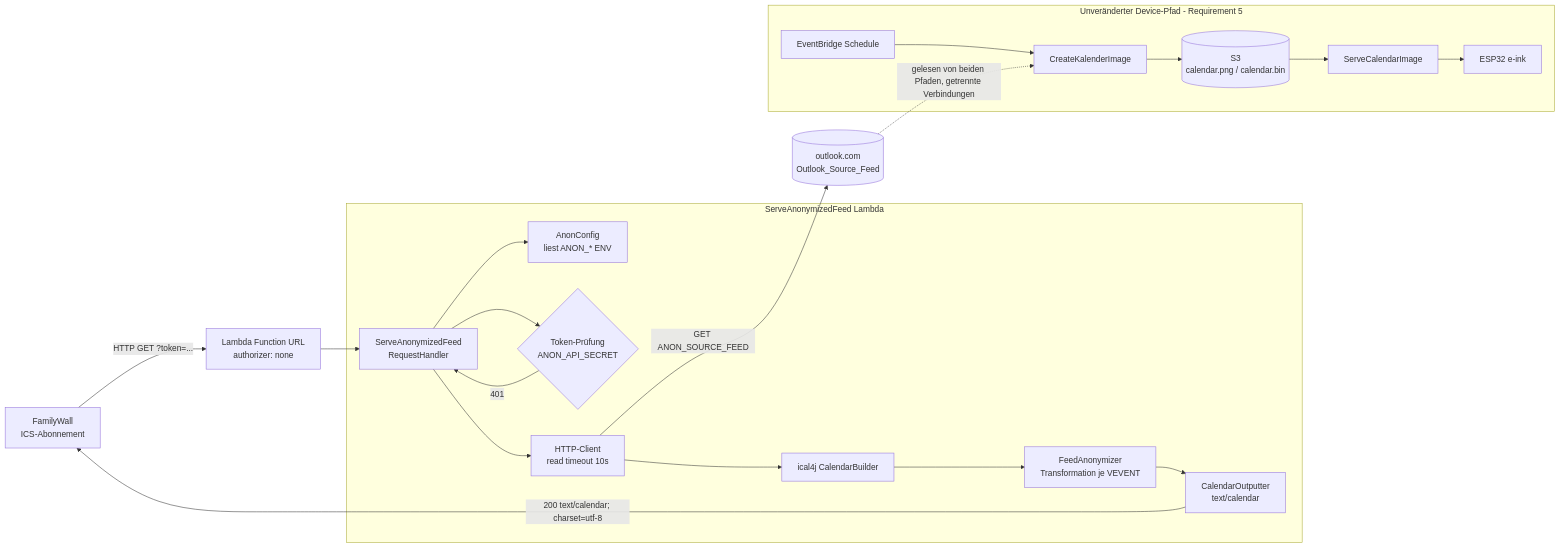
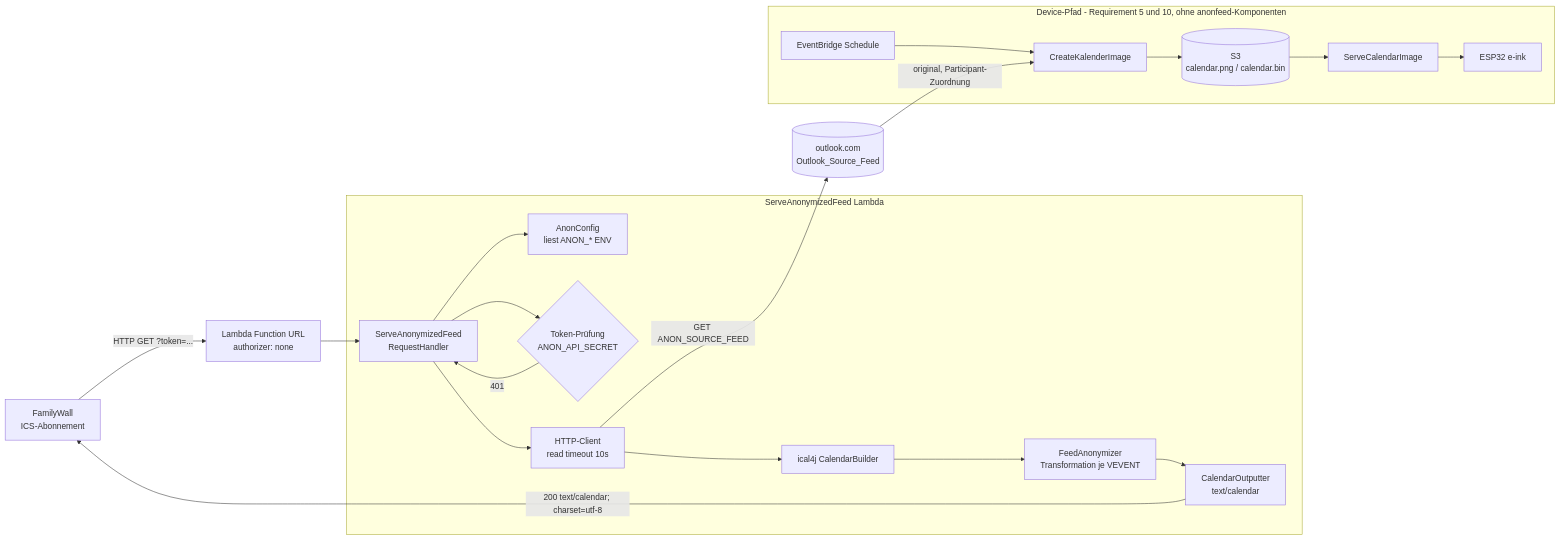
The diagram in .kiro/specs/anonymized-ical-feed/design.md (azplanlos/family_calendar_v2), drawn with Mermaid before and after one commit. The commit also changed other lines of this file and 8 other files, not shown here.

````diff
--- a/.kiro/specs/anonymized-ical-feed/design.md
+++ b/.kiro/specs/anonymized-ical-feed/design.md
@@ -45,25 +54,25 @@
 ```mermaid
 flowchart LR
     FW[FamilyWall<br/>ICS-Abonnement] -->|HTTP GET ?token=...| FURL[Lambda Function URL<br/>authorizer: none]
     FURL --> H[ServeAnonymizedFeed<br/>RequestHandler]
 
     subgraph Lambda [ServeAnonymizedFeed Lambda]
         H --> CFG[AnonConfig<br/>liest ANON_* ENV]
         H --> AUTH{Token-Prüfung<br/>ANON_API_SECRET}
         AUTH -->|401| H
         H --> FETCH[HTTP-Client<br/>read timeout 10s]
         FETCH --> PARSE[ical4j CalendarBuilder]
         PARSE --> ANON[FeedAnonymizer<br/>Transformation je VEVENT]
         ANON --> OUT[CalendarOutputter<br/>text/calendar]
     end
 
     FETCH -->|GET ANON_SOURCE_FEED| OUTLOOK[(outlook.com<br/>Outlook_Source_Feed)]
     OUT -->|200 text/calendar; charset=utf-8| FW
 
-    subgraph Device [Unveränderter Device-Pfad - Requirement 5]
+    subgraph Device [Device-Pfad - Requirement 5 und 10, ohne anonfeed-Komponenten]
         EB[EventBridge Schedule] --> CKI[CreateKalenderImage] --> S3[(S3<br/>calendar.png / calendar.bin)]
         S3 --> SCI[ServeCalendarImage] --> ESP[ESP32 e-ink]
     end
 
-    OUTLOOK -.gelesen von beiden Pfaden, getrennte Verbindungen.-> CKI
+    OUTLOOK -->|original, Participant-Zuordnung| CKI
 ```
````
